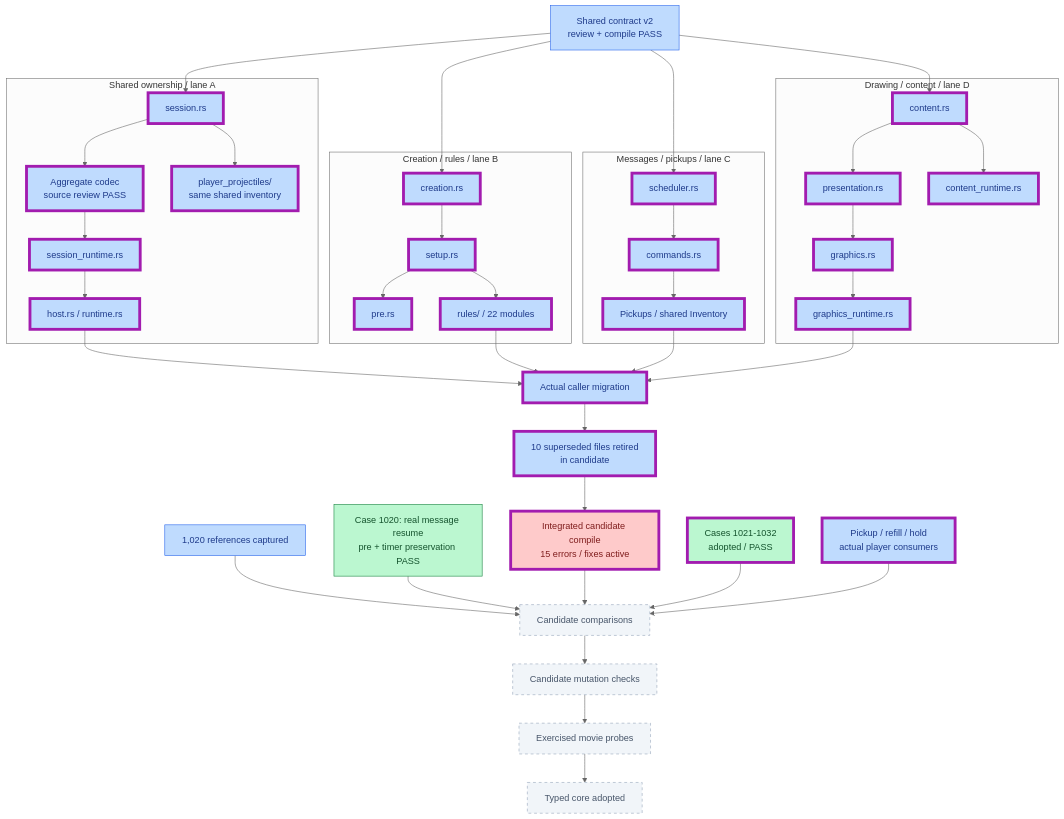
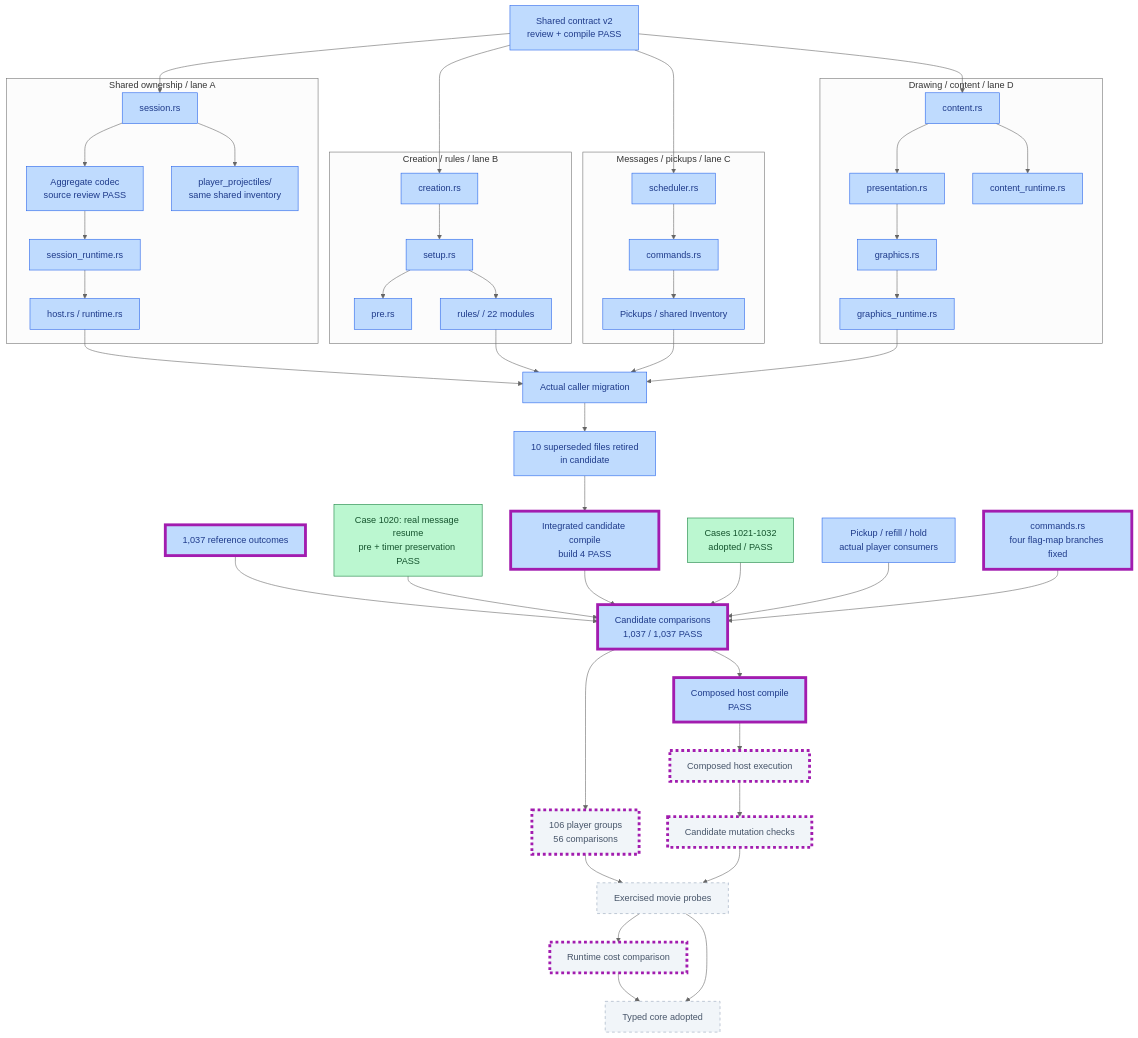
The first of 9 diagrams in PROGRESS.md (JimLundin/sm-decomp), drawn with Mermaid (neutral theme) before and after one commit. The commit also changed other lines of this file and 5 other files, not shown here.

Commit message:
Distinguish mechanism flag maps; reference checks and formatting pass

````diff
--- a/PROGRESS.md
+++ b/PROGRESS.md
@@ -10,50 +10,57 @@
 ```mermaid
 flowchart TB
     CONTRACT["Shared contract v2<br/>review + compile PASS"]:::checked
     subgraph shared["Shared ownership / lane A"]
         S["session.rs"]:::checked --> CODEC["Aggregate codec<br/>source review PASS"]:::checked
         S --> PLAYER["player_projectiles/<br/>same shared inventory"]:::checked
         CODEC --> RT["session_runtime.rs"]:::checked
         RT --> HOST["host.rs / runtime.rs"]:::checked
     end
     subgraph creation["Creation / rules / lane B"]
         CREATE["creation.rs"]:::checked --> SETUP["setup.rs"]:::checked
         SETUP --> PRE["pre.rs"]:::checked
         SETUP --> RULES["rules/ / 22 modules"]:::checked
     end
     subgraph execution["Messages / pickups / lane C"]
         SCHED["scheduler.rs"]:::checked --> CMD["commands.rs"]:::checked
         CMD --> PICKUP["Pickups / shared Inventory"]:::checked
     end
     subgraph drawing["Drawing / content / lane D"]
         DRAW["presentation.rs"]:::checked --> GRAPHICS["graphics.rs"]:::checked
         CONTENT["content.rs"]:::checked --> DRAW
         CONTENT --> CR["content_runtime.rs"]:::checked
         GRAPHICS --> GR["graphics_runtime.rs"]:::checked
     end
     CONTRACT --> S
     CONTRACT --> CREATE
     CONTRACT --> SCHED
     CONTRACT --> CONTENT
     HOST --> CALLERS["Actual caller migration"]:::checked
     RULES --> CALLERS
     PICKUP --> CALLERS
     GR --> CALLERS
     CALLERS --> DELETE["10 superseded files retired<br/>in candidate"]:::checked
-    BASE["1,020 references captured"]:::checked --> COMPARE["Candidate comparisons"]:::pending
+    BASE["1,037 reference outcomes"]:::checked --> COMPARE["Candidate comparisons<br/>1,037 / 1,037 PASS"]:::checked
     RESUME["Case 1020: real message resume<br/>pre + timer preservation PASS"]:::done --> COMPARE
-    DELETE --> BUILD["Integrated candidate compile<br/>15 errors / fixes active"]:::failed
+    DELETE --> BUILD["Integrated candidate compile<br/>build 4 PASS"]:::checked
     BUILD --> COMPARE
     GAP["Cases 1021-1032<br/>adopted / PASS"]:::done --> COMPARE
     SHAREDTEST["Pickup / refill / hold<br/>actual player consumers"]:::checked --> COMPARE
-    COMPARE --> MUT["Candidate mutation checks"]:::pending
-    MUT --> MOVIE["Exercised movie probes"]:::pending
+    FLAGS["commands.rs<br/>four flag-map branches fixed"]:::checked --> COMPARE
+    COMPARE --> REG["106 player groups<br/>56 comparisons"]:::pending
+    COMPARE --> HC["Composed host compile<br/>PASS"]:::checked
+    HC --> HE["Composed host execution"]:::pending
+    HE --> MUT["Candidate mutation checks"]:::pending
+    REG --> MOVIE["Exercised movie probes"]:::pending
+    MUT --> MOVIE
+    MOVIE --> PERF["Runtime cost comparison"]:::pending
+    PERF --> ADOPT
     MOVIE --> ADOPT["Typed core adopted"]:::pending
-    class S,CODEC,PLAYER,RT,HOST,CREATE,SETUP,PRE,RULES,SCHED,CMD,PICKUP,DRAW,GRAPHICS,CONTENT,CR,GR,CALLERS,DELETE,BUILD,GAP,SHAREDTEST changed
+    class BASE,BUILD,COMPARE,FLAGS,REG,HC,HE,MUT,PERF changed
     classDef done fill:#bbf7d0,stroke:#15803d,color:#14532d
     classDef checked fill:#bfdbfe,stroke:#2563eb,color:#1e3a8a
     classDef active fill:#fed7aa,stroke:#ea580c,color:#7c2d12
     classDef pending fill:#f1f5f9,stroke:#94a3b8,color:#475569,stroke-dasharray:5 5
     classDef failed fill:#fecaca,stroke:#dc2626,color:#7f1d1d
     classDef changed stroke:#a21caf,stroke-width:5px
 ```
````
